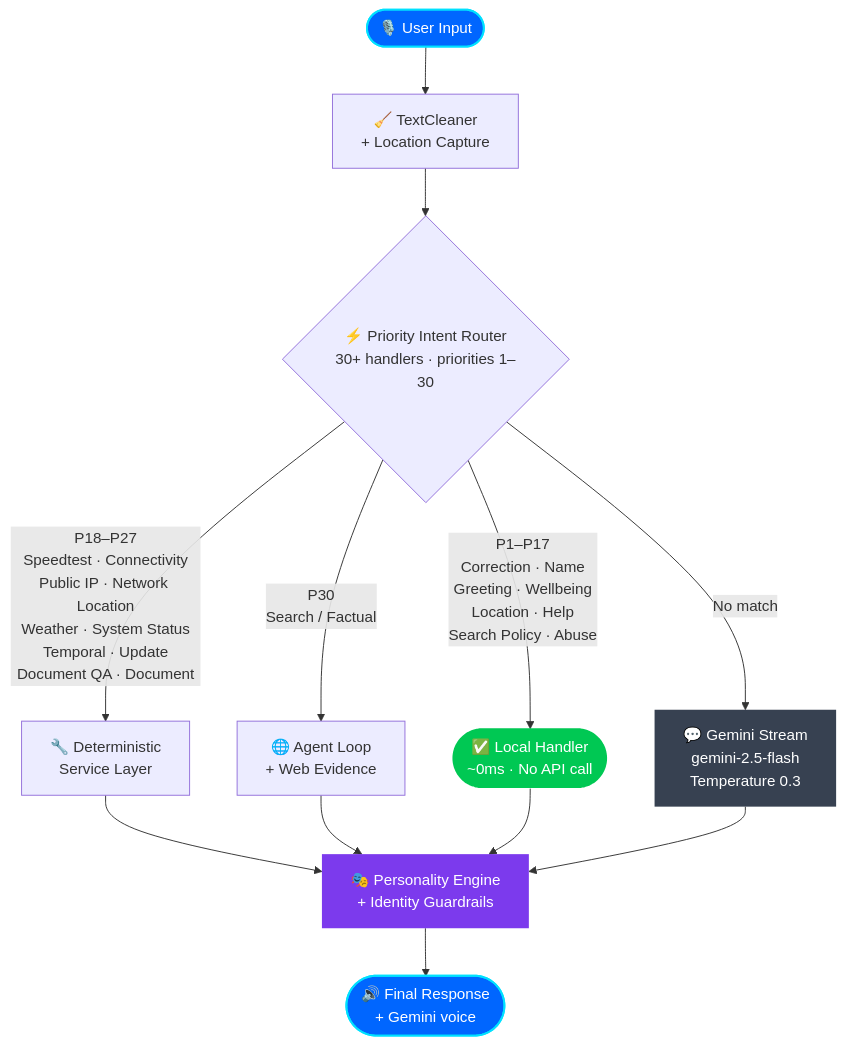
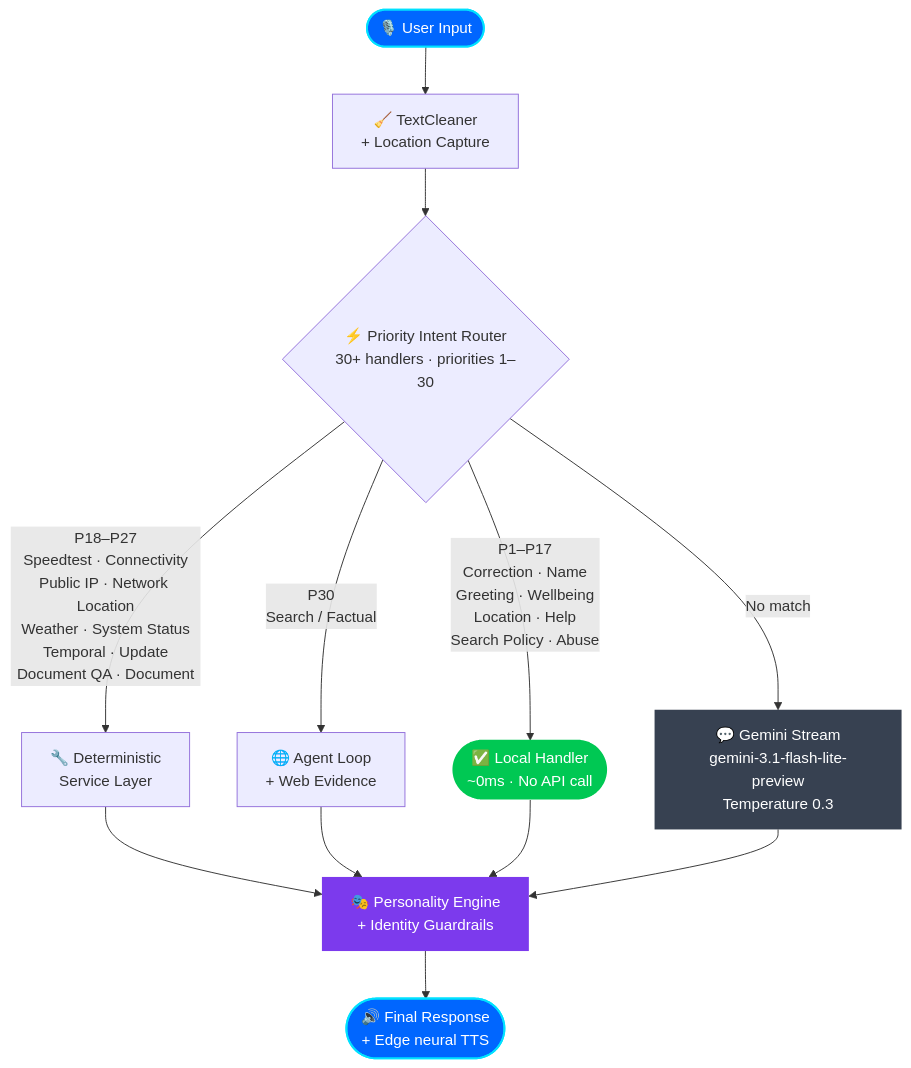
The first of 8 diagrams in docs/ARCHITECTURE.md (deepakrakshit/jarvis), drawn with Mermaid before and after one commit. The commit also changed other lines of this file and 11 other files, not shown here.

````diff
--- a/docs/ARCHITECTURE.md
+++ b/docs/ARCHITECTURE.md
@@ -27,25 +27,25 @@
 ```mermaid
 flowchart TD
     A(["🎙️ User Input"]) --> B["🧹 TextCleaner\n+ Location Capture"]
     B --> C{"⚡ Priority Intent Router\n30+ handlers · priorities 1–30"}
 
     C -->|"P1–P17\nCorrection · Name\nGreeting · Wellbeing\nLocation · Help\nSearch Policy · Abuse"| D(["✅ Local Handler\n~0ms · No API call"])
 
     C -->|"P18–P27\nSpeedtest · Connectivity\nPublic IP · Network Location\nWeather · System Status\nTemporal · Update\nDocument QA · Document"| E["🔧 Deterministic\nService Layer"]
 
     C -->|"P30\nSearch / Factual"| F["🌐 Agent Loop\n+ Web Evidence"]
 
-    C -->|"No match"| G["💬 Gemini Stream\ngemini-2.5-flash\nTemperature 0.3"]
+    C -->|"No match"| G["💬 Gemini Stream\ngemini-3.1-flash-lite-preview\nTemperature 0.3"]
 
     E --> H["🎭 Personality Engine\n+ Identity Guardrails"]
     F --> H
     D --> H
     G --> H
-    H --> I(["🔊 Final Response\n+ Gemini voice"])
+    H --> I(["🔊 Final Response\n+ Edge neural TTS"])
 
     style A fill:#0066ff,color:#fff,stroke:#00e1ff,stroke-width:2px
     style I fill:#0066ff,color:#fff,stroke:#00e1ff,stroke-width:2px
     style D fill:#00C853,color:#fff,stroke:none
     style H fill:#7C3AED,color:#fff,stroke:none
     style G fill:#374151,color:#fff,stroke:none
 ```
````
